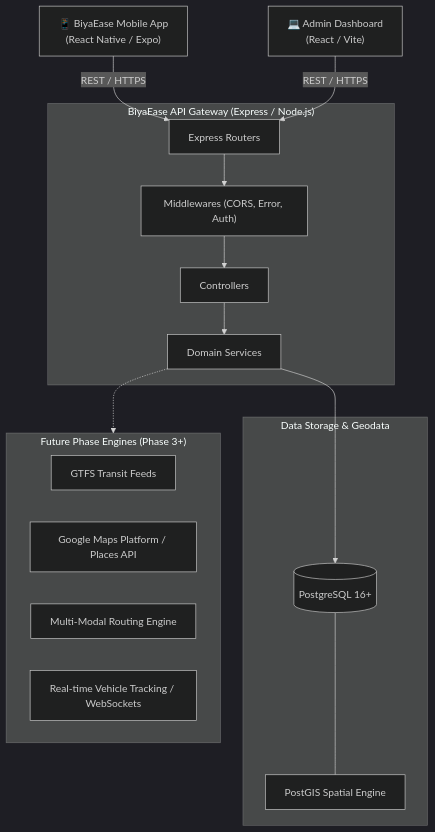
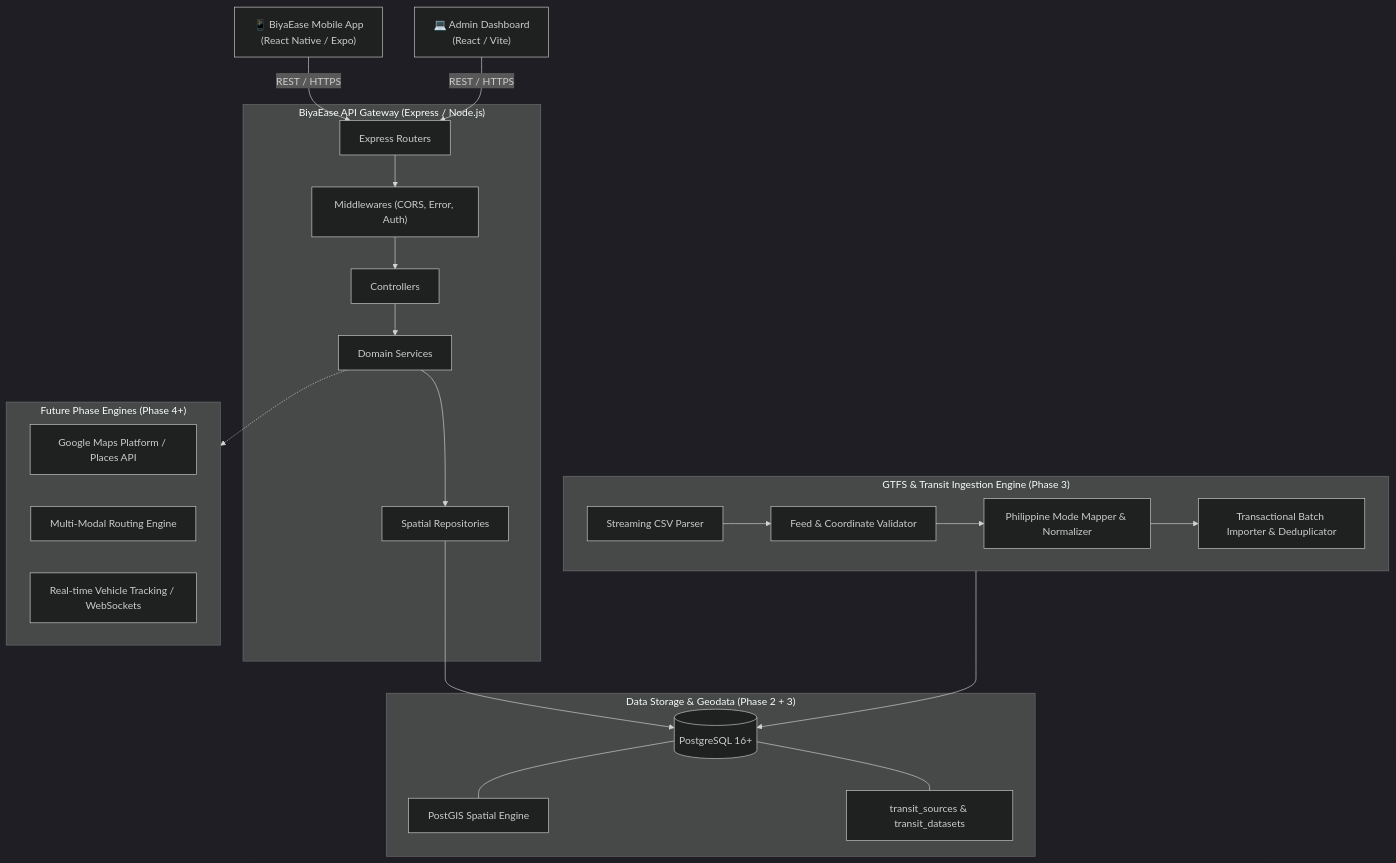
One commit to andreicrp/BiyaEase changed the diagram in docs/architecture.md. Above: the diagram before and after it, drawn with Mermaid (dark theme). The commit also changed other lines of this file and 38 other files, not shown here.

Commit message:
feat: complete Phase 3 (Real Transit Data + GTFS Ingestion Pipeline Foundation)

````diff
--- a/docs/architecture.md
+++ b/docs/architecture.md
@@ -9,32 +9,44 @@
 ```mermaid
 flowchart TD
     ClientMobile["📱 BiyaEase Mobile App\n(React Native / Expo)"]
     ClientWeb["💻 Admin Dashboard\n(React / Vite)"]
+
+    subgraph IngestionEngine ["GTFS & Transit Ingestion Engine (Phase 3)"]
+        Parser["Streaming CSV Parser"]
+        Validator["Feed & Coordinate Validator"]
+        Normalizer["Philippine Mode Mapper & Normalizer"]
+        Importer["Transactional Batch Importer & Deduplicator"]
+
+        Parser --> Validator --> Normalizer --> Importer
+    end
 
     subgraph BackendAPI ["BiyaEase API Gateway (Express / Node.js)"]
         Router["Express Routers"]
         Controllers["Controllers"]
         Middlewares["Middlewares (CORS, Error, Auth)"]
         Services["Domain Services"]
+        Repositories["Spatial Repositories"]
 
-        Router --> Middlewares --> Controllers --> Services
+        Router --> Middlewares --> Controllers --> Services --> Repositories
     end
 
-    subgraph DataLayer ["Data Storage & Geodata"]
+    subgraph DataLayer ["Data Storage & Geodata (Phase 2 + 3)"]
         Postgres[("PostgreSQL 16+")]
         PostGIS["PostGIS Spatial Engine"]
+        Sources["transit_sources & transit_datasets"]
         Postgres --- PostGIS
+        Postgres --- Sources
     end
 
-    subgraph FutureIntegrations ["Future Phase Engines (Phase 3+)"]
-        GTFS["GTFS Transit Feeds"]
+    subgraph FutureIntegrations ["Future Phase Engines (Phase 4+)"]
         MapsAPI["Google Maps Platform / Places API"]
         RoutingEngine["Multi-Modal Routing Engine"]
         Realtime["Real-time Vehicle Tracking / WebSockets"]
     end
 
     ClientMobile -->|REST / HTTPS| Router
     ClientWeb -->|REST / HTTPS| Router
-    Services --> Postgres
+    IngestionEngine --> Postgres
+    Repositories --> Postgres
     Services -.-> FutureIntegrations
 ```
````
